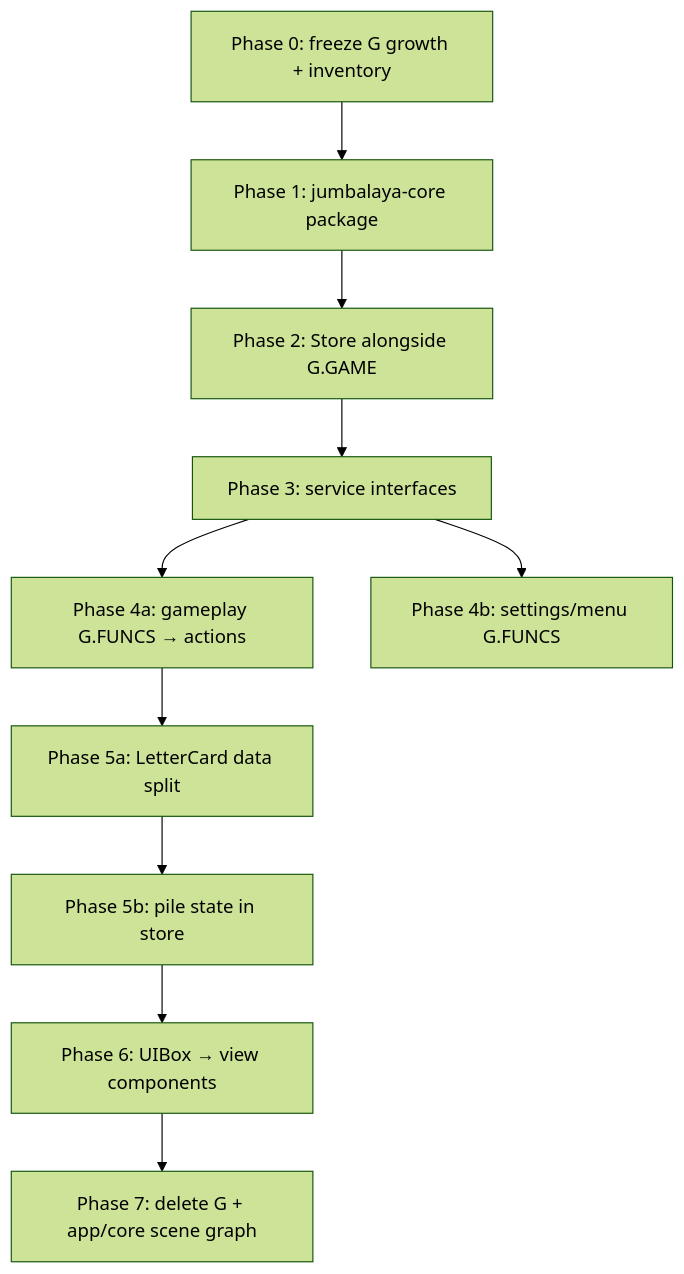
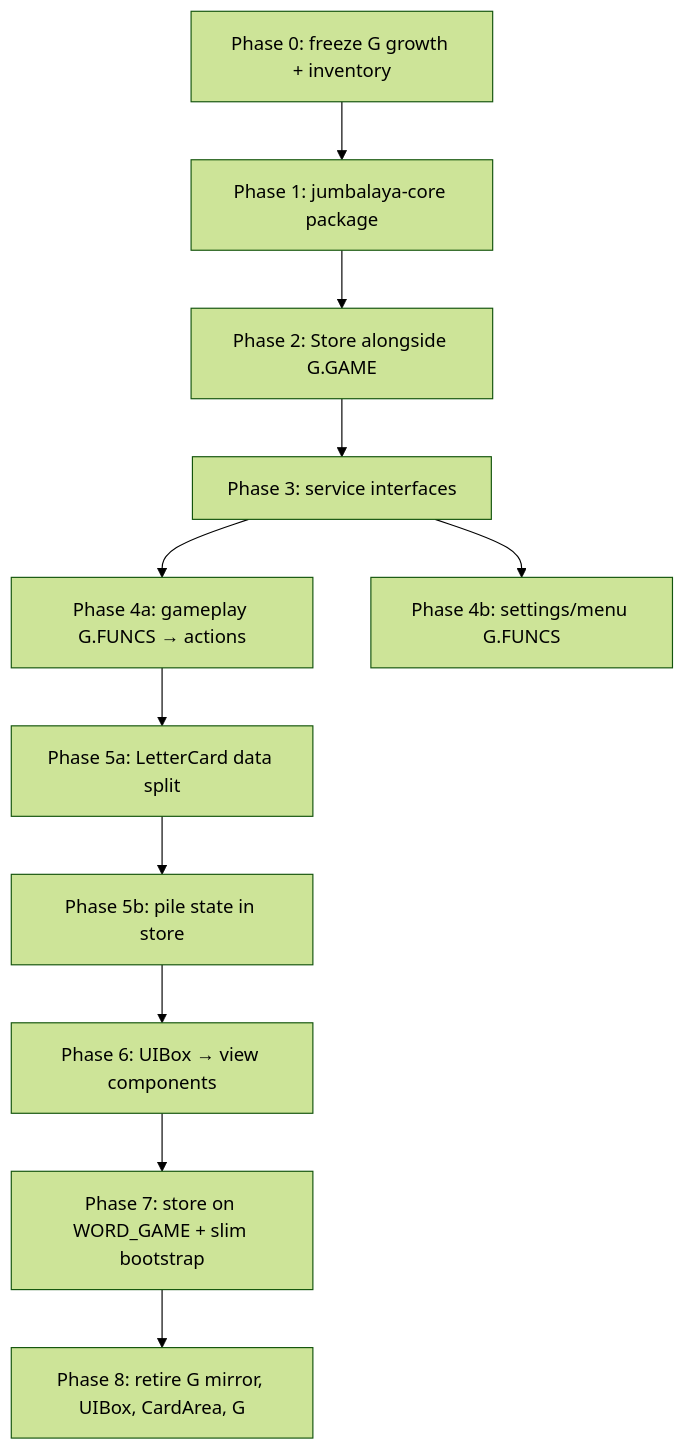
The diagram in docs/engine-migration.md (ashesnz/jumbalaya), drawn with Mermaid (forest theme) before and after one commit. The commit also changed other lines of this file and 79 other files, not shown here.

````diff
--- a/docs/engine-migration.md
+++ b/docs/engine-migration.md
@@ -668,18 +689,19 @@
 ```mermaid
 flowchart TD
     P0[Phase 0: freeze G growth + inventory]
     P1[Phase 1: jumbalaya-core package]
     P2[Phase 2: Store alongside G.GAME]
     P3[Phase 3: service interfaces]
     P4a[Phase 4a: gameplay G.FUNCS → actions]
     P5a[Phase 5a: LetterCard data split]
     P5b[Phase 5b: pile state in store]
     P4b[Phase 4b: settings/menu G.FUNCS]
     P6[Phase 6: UIBox → view components]
-    P7[Phase 7: delete G + app/core scene graph]
+    P7[Phase 7: store on WORD_GAME + slim bootstrap]
+    P8[Phase 8: retire G mirror, UIBox, CardArea, G]
 
     P0 --> P1 --> P2 --> P3
     P3 --> P4a --> P5a --> P5b
     P3 --> P4b
-    P5b --> P6 --> P7
+    P5b --> P6 --> P7 --> P8
 ```
````
